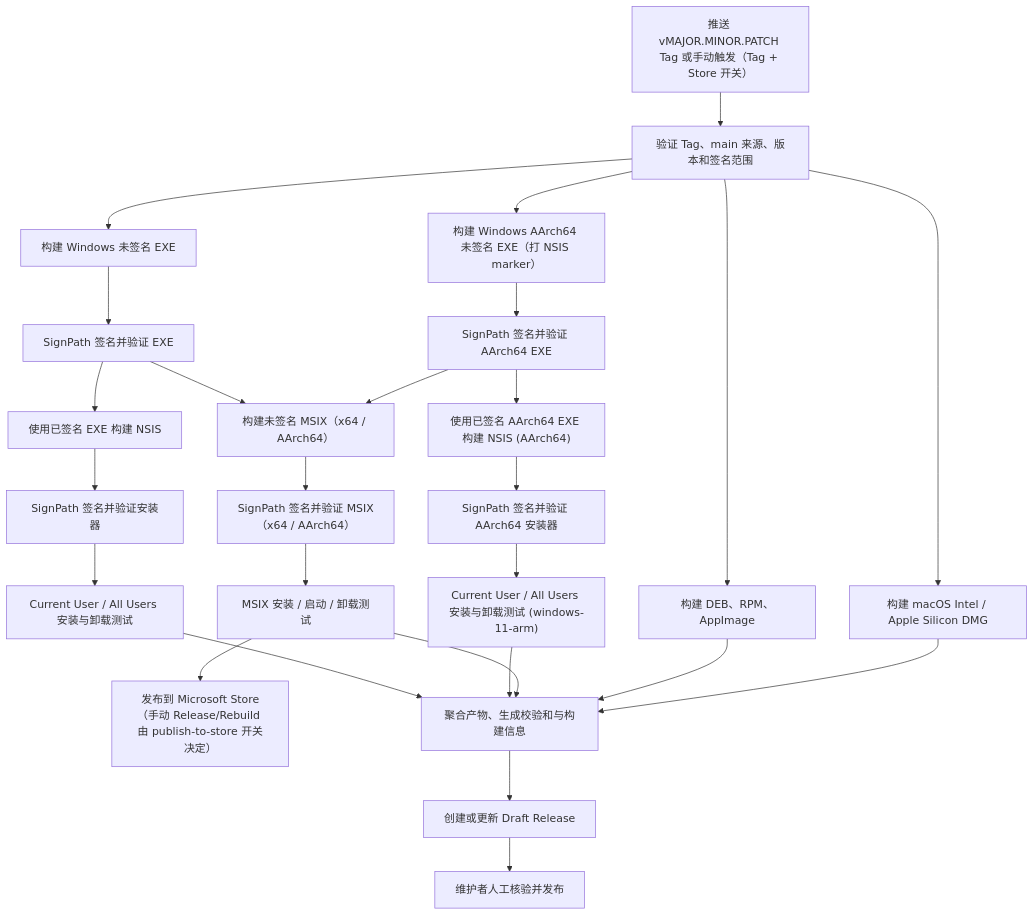
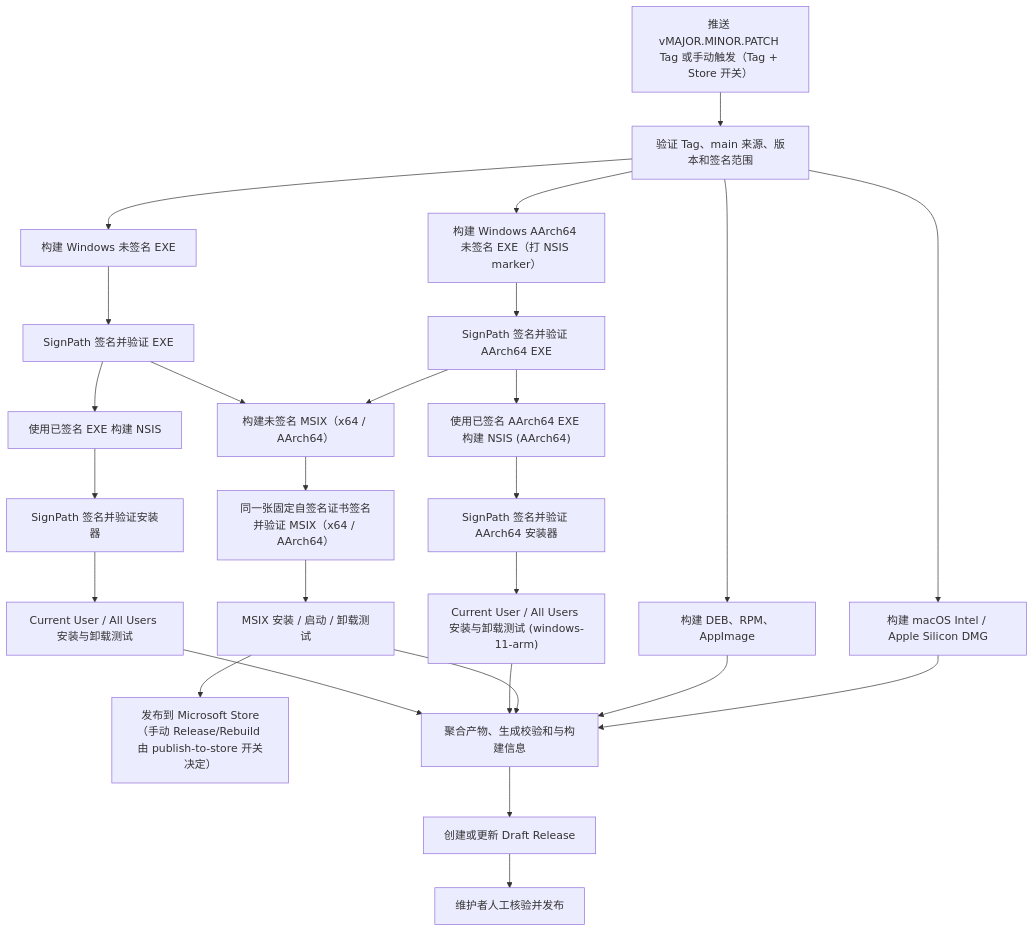
The diagram in Docs/RELEASE_WORKFLOW.md (Achilng/floral-notepaper), drawn with Mermaid before and after one commit. The commit also changed other lines of this file and 5 other files, not shown here.

Commit message:
ci: self-sign MSIX packages with stable certificate

````diff
--- a/Docs/RELEASE_WORKFLOW.md
+++ b/Docs/RELEASE_WORKFLOW.md
@@ -16,28 +16,28 @@
 ```mermaid
 flowchart TD
   A["推送 vMAJOR.MINOR.PATCH Tag 或手动触发（Tag + Store 开关）"] --> B["验证 Tag、main 来源、版本和签名范围"]
   B --> C["构建 Windows 未签名 EXE"]
   C --> D["SignPath 签名并验证 EXE"]
   D --> E["使用已签名 EXE 构建 NSIS"]
   E --> F["SignPath 签名并验证安装器"]
   F --> G["Current User / All Users 安装与卸载测试"]
   B --> C2["构建 Windows AArch64 未签名 EXE（打 NSIS marker）"]
   C2 --> D2["SignPath 签名并验证 AArch64 EXE"]
   D2 --> E2["使用已签名 AArch64 EXE 构建 NSIS (AArch64)"]
   E2 --> F2["SignPath 签名并验证 AArch64 安装器"]
   F2 --> G2["Current User / All Users 安装与卸载测试 (windows-11-arm)"]
   D --> M1["构建未签名 MSIX（x64 / AArch64）"]
   D2 --> M1
-  M1 --> M2["SignPath 签名并验证 MSIX（x64 / AArch64）"]
+  M1 --> M2["同一张固定自签名证书签名并验证 MSIX（x64 / AArch64）"]
   M2 --> M3["MSIX 安装 / 启动 / 卸载测试"]
   M3 --> M4["发布到 Microsoft Store（手动 Release/Rebuild 由 publish-to-store 开关决定）"]
   B --> H["构建 DEB、RPM、AppImage"]
   B --> I["构建 macOS Intel / Apple Silicon DMG"]
   G --> J["聚合产物、生成校验和与构建信息"]
   G2 --> J
   M3 --> J
   H --> J
   I --> J
   J --> K["创建或更新 Draft Release"]
   K --> L["维护者人工核验并发布"]
 ```
````
